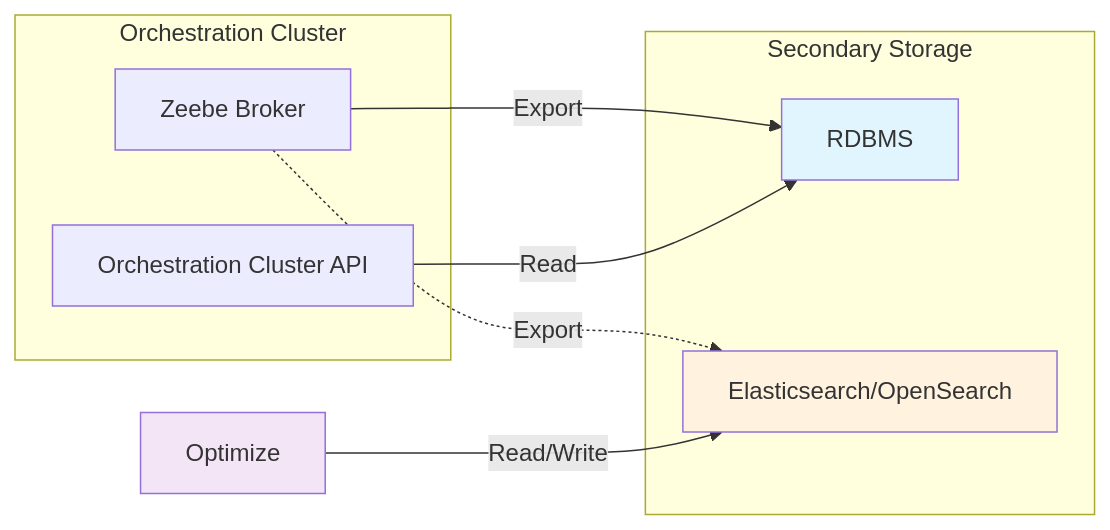
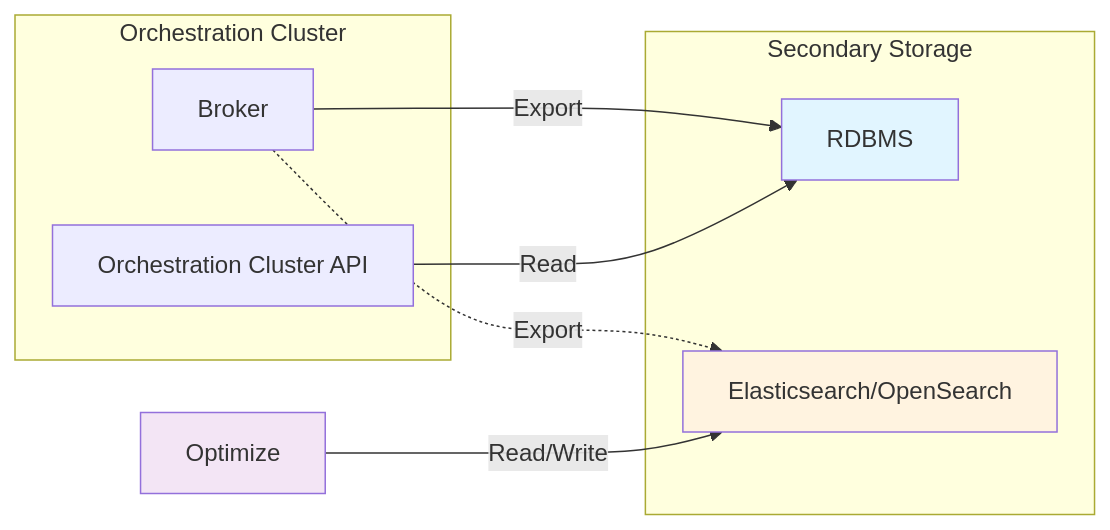
One commit to camunda/camunda-docs changed the diagram in docs/self-managed/deployment/manual/rdbms/index.md. Above: the diagram before and after it, drawn with Mermaid. The commit also changed 1 other file, not shown here.

Commit message:
resolve lingering comments

````diff
--- a/docs/self-managed/deployment/manual/rdbms/index.md
+++ b/docs/self-managed/deployment/manual/rdbms/index.md
@@ -18,23 +18,23 @@
 ```mermaid
 graph LR
     subgraph oc[Orchestration Cluster]
-        zeebe[Zeebe Broker]
+        broker[Broker]
         api[Orchestration Cluster API]
     end
 
     subgraph storage[Secondary Storage]
         rdbms[RDBMS]
         es[Elasticsearch/OpenSearch]
     end
 
     opt[Optimize]
 
-    zeebe -->|Export| rdbms
-    zeebe -.->|Export| es
+    broker -->|Export| rdbms
+    broker -.->|Export| es
     api -->|Read| rdbms
     opt -->|Read/Write| es
 
     style rdbms fill:#e1f5ff
     style es fill:#fff3e0
     style opt fill:#f3e5f5
 ```
````
